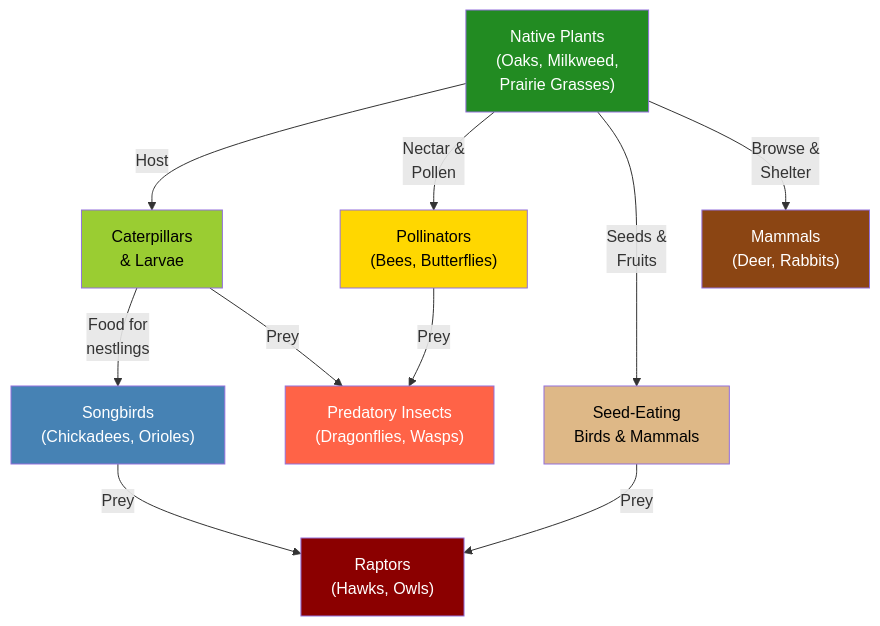
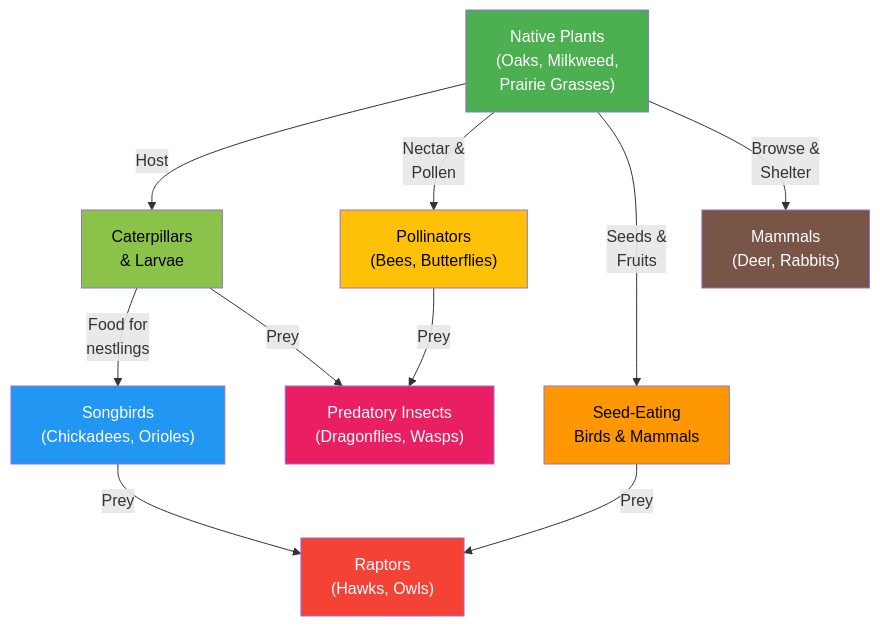
Before and after one commit to arunbatchu/minnesota-native-plants: the second of 2 diagrams in docs/chapters/06-pollinators-wildlife/index.md, drawn with Mermaid. The commit also changed other lines of this file and 10 other files, not shown here.

First line of the commit message:
Fix Mermaid diagram colors for accessibility — high contrast palette

````diff
--- a/docs/chapters/06-pollinators-wildlife/index.md
+++ b/docs/chapters/06-pollinators-wildlife/index.md
@@ -296,22 +296,22 @@
 ```mermaid
 flowchart TD
     PLANTS["Native Plants<br/>(Oaks, Milkweed,<br/>Prairie Grasses)"]
     PLANTS -->|"Host"| CATER["Caterpillars<br/>& Larvae"]
     PLANTS -->|"Nectar &<br/>Pollen"| POLL["Pollinators<br/>(Bees, Butterflies)"]
     PLANTS -->|"Seeds &<br/>Fruits"| SEED["Seed-Eating<br/>Birds & Mammals"]
     CATER -->|"Food for<br/>nestlings"| SONG["Songbirds<br/>(Chickadees, Orioles)"]
     POLL -->|"Prey"| PRED["Predatory Insects<br/>(Dragonflies, Wasps)"]
     CATER -->|"Prey"| PRED
     SONG -->|"Prey"| RAPTORS["Raptors<br/>(Hawks, Owls)"]
     SEED -->|"Prey"| RAPTORS
     PLANTS -->|"Browse &<br/>Shelter"| MAMMALS["Mammals<br/>(Deer, Rabbits)"]
 
-    style PLANTS fill:#228B22,color:#fff
-    style CATER fill:#9ACD32,color:#000
-    style POLL fill:#FFD700,color:#000
-    style SONG fill:#4682B4,color:#fff
-    style SEED fill:#DEB887,color:#000
-    style RAPTORS fill:#8B0000,color:#fff
-    style MAMMALS fill:#8B4513,color:#fff
-    style PRED fill:#FF6347,color:#fff
+    style PLANTS fill:#4CAF50,color:#fff
+    style CATER fill:#8BC34A,color:#000
+    style POLL fill:#FFC107,color:#000
+    style SONG fill:#2196F3,color:#fff
+    style SEED fill:#FF9800,color:#000
+    style RAPTORS fill:#F44336,color:#fff
+    style MAMMALS fill:#795548,color:#fff
+    style PRED fill:#E91E63,color:#fff
 ```
````
